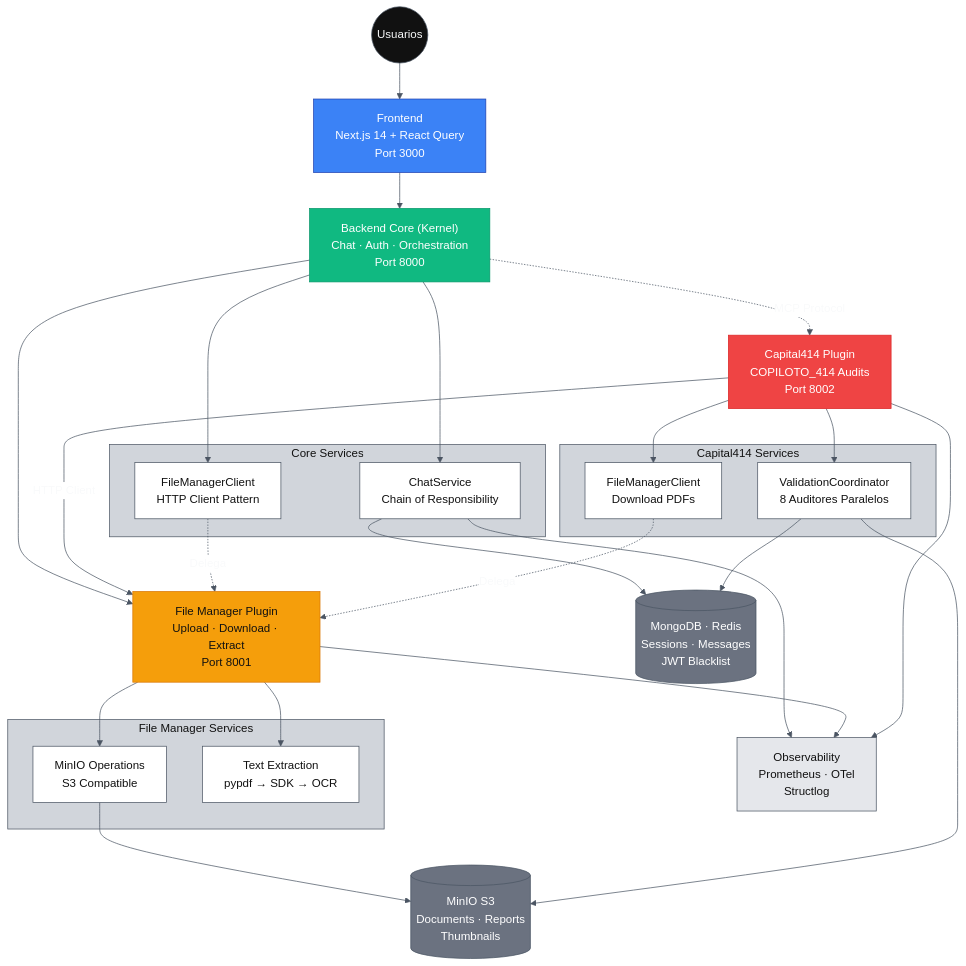
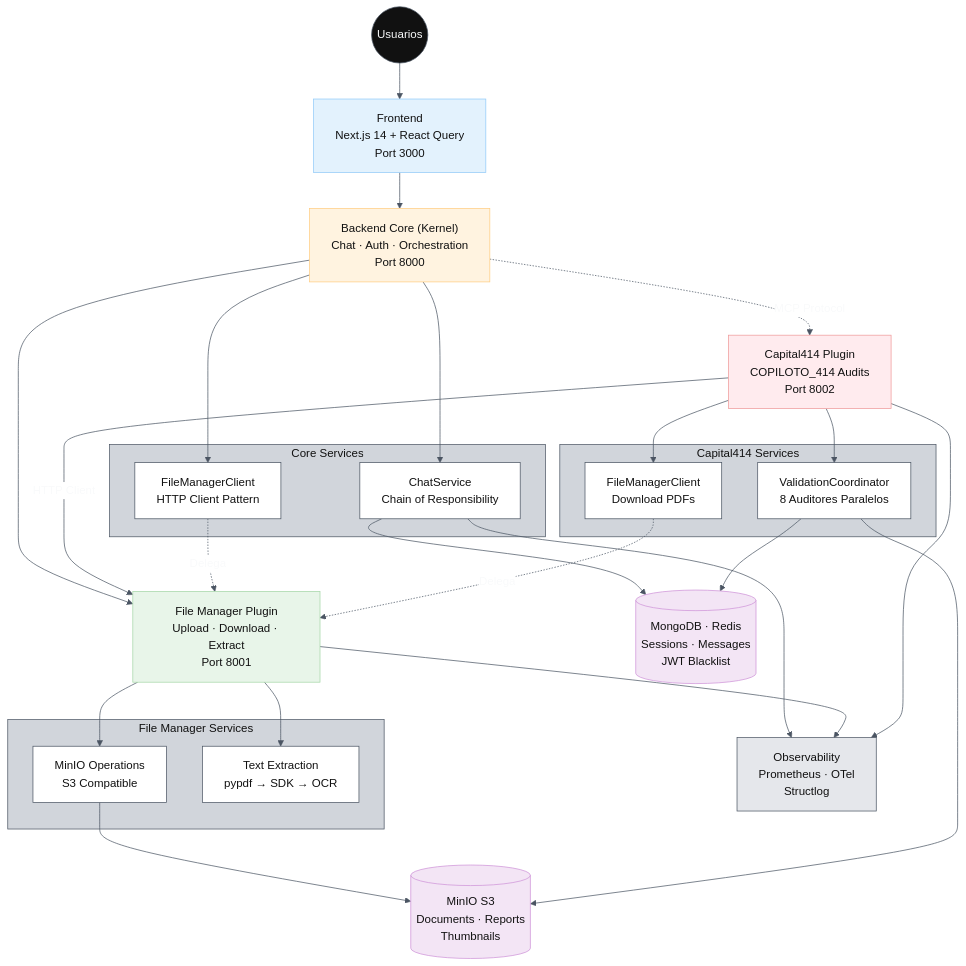
The second of 11 diagrams in README.md (saptiva-ai/octavios-chat), drawn with Mermaid before and after one commit. The commit also changed other lines of this file, not shown here.

First line of the commit message:
docs: unify Mermaid diagram color palette to soft pastels

````diff
--- a/README.md
+++ b/README.md
@@ -386,55 +386,55 @@
 ```mermaid
 %%{init: {'theme': 'base', 'themeVariables': {'primaryColor': '#111111','primaryBorderColor': '#4b5563','primaryTextColor': '#f9fafb','lineColor': '#4b5563','secondaryColor': '#ffffff','secondaryBorderColor': '#4b5563','secondaryTextColor': '#111111','tertiaryColor': '#d1d5db','tertiaryBorderColor': '#4b5563','tertiaryTextColor': '#111111'}}}%%
 flowchart TB
     user((Usuarios)):::dark --> web["Frontend<br/>Next.js 14 + React Query<br/>Port 3000"]:::frontend
 
     web --> core["Backend Core (Kernel)<br/>Chat · Auth · Orchestration<br/>Port 8000"]:::core
 
     core --> filemanager["File Manager Plugin<br/>Upload · Download · Extract<br/>Port 8001"]:::plugin_public
     core -.->|"MCP Protocol"| capital414["Capital414 Plugin<br/>COPILOTO_414 Audits<br/>Port 8002"]:::plugin_private
 
     capital414 -->|"HTTP Client"| filemanager
 
     subgraph "Core Services"
         chat_svc["ChatService<br/>Chain of Responsibility"]:::light
         file_client["FileManagerClient<br/>HTTP Client Pattern"]:::light
     end
 
     subgraph "File Manager Services"
         minio_ops["MinIO Operations<br/>S3 Compatible"]:::light
         extraction["Text Extraction<br/>pypdf → SDK → OCR"]:::light
     end
 
     subgraph "Capital414 Services"
         coordinator["ValidationCoordinator<br/>8 Auditores Paralelos"]:::light
         fm_client["FileManagerClient<br/>Download PDFs"]:::light
     end
 
     core --> chat_svc
     core --> file_client
     filemanager --> minio_ops
     filemanager --> extraction
     capital414 --> coordinator
     capital414 --> fm_client
 
     file_client -.->|"Delega"| filemanager
     fm_client -.->|"Delega"| filemanager
 
     chat_svc --> persistence[(MongoDB · Redis<br/>Sessions · Messages<br/>JWT Blacklist)]:::infra
     minio_ops --> storage[(MinIO S3<br/>Documents · Reports<br/>Thumbnails)]:::infra
     coordinator --> persistence
     coordinator --> storage
 
     chat_svc --> observability["Observability<br/>Prometheus · OTel<br/>Structlog"]:::gray
     filemanager --> observability
     capital414 --> observability
 
     classDef dark fill:#111111,stroke:#4b5563,color:#f9fafb;
-    classDef frontend fill:#3b82f6,stroke:#1e40af,color:#ffffff;
-    classDef core fill:#10b981,stroke:#059669,color:#ffffff;
-    classDef plugin_public fill:#f59e0b,stroke:#d97706,color:#111111;
-    classDef plugin_private fill:#ef4444,stroke:#dc2626,color:#ffffff;
+    classDef frontend fill:#e3f2fd,stroke:#90caf9,color:#111111;
+    classDef core fill:#fff3e0,stroke:#ffcc80,color:#111111;
+    classDef plugin_public fill:#e8f5e9,stroke:#a5d6a7,color:#111111;
+    classDef plugin_private fill:#ffebee,stroke:#ef9a9a,color:#111111;
     classDef light fill:#ffffff,stroke:#4b5563,color:#111111;
-    classDef infra fill:#6b7280,stroke:#4b5563,color:#ffffff;
+    classDef infra fill:#f3e5f5,stroke:#ce93d8,color:#111111;
     classDef gray fill:#e5e7eb,stroke:#4b5563,color:#111111;
 ```
````
